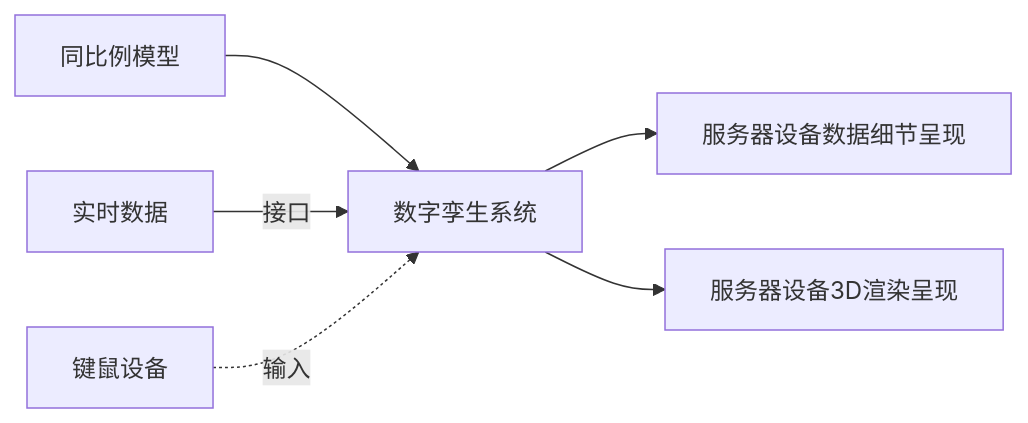
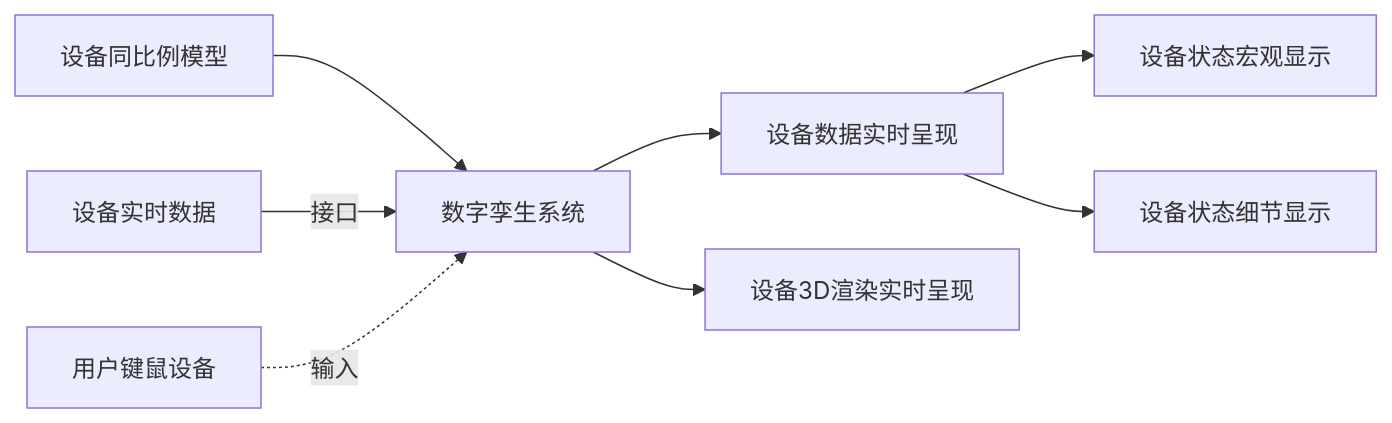
Before and after one commit to 888fff/bunkergames: the second of 2 diagrams in work_doc/work_log.md, drawn with Mermaid. The commit also changed other lines of this file and 3 other files, not shown here.

````diff
--- a/work_doc/work_log.md
+++ b/work_doc/work_log.md
@@ -106,8 +108,10 @@
 ```mermaid
 graph LR
-同比例模型 --> 数字孪生系统
-实时数据 --接口--> 数字孪生系统
-数字孪生系统 --> 服务器设备数据细节呈现
-数字孪生系统 --> 服务器设备3D渲染呈现
-键鼠设备 -.输入.-> 数字孪生系统
+设备同比例模型 --> 数字孪生系统
+设备实时数据 --接口--> 数字孪生系统
+数字孪生系统 --> 设备数据实时呈现
+数字孪生系统 --> 设备3D渲染实时呈现
+用户键鼠设备 -.输入.-> 数字孪生系统
+设备数据实时呈现 --> 设备状态宏观显示
+设备数据实时呈现 --> 设备状态细节显示
 ```
````
